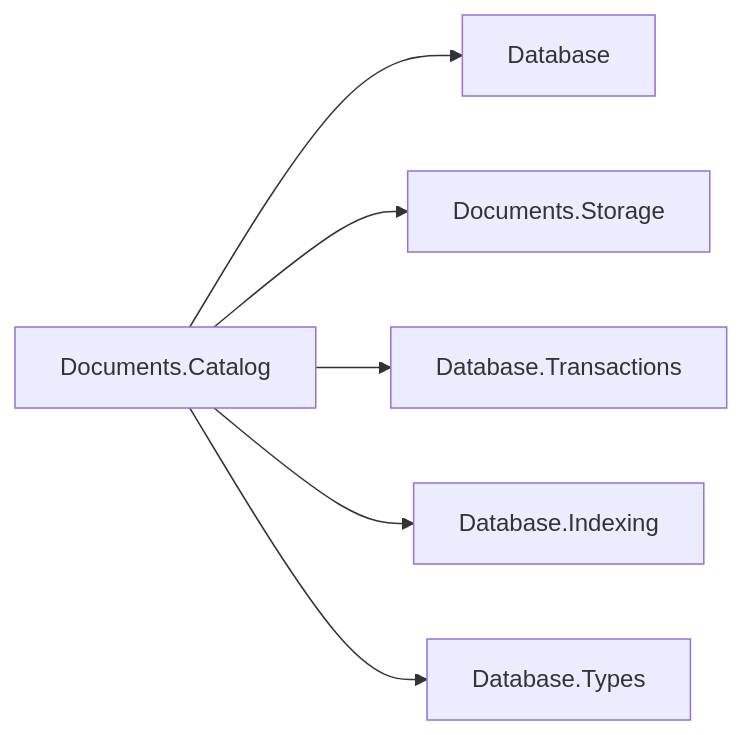
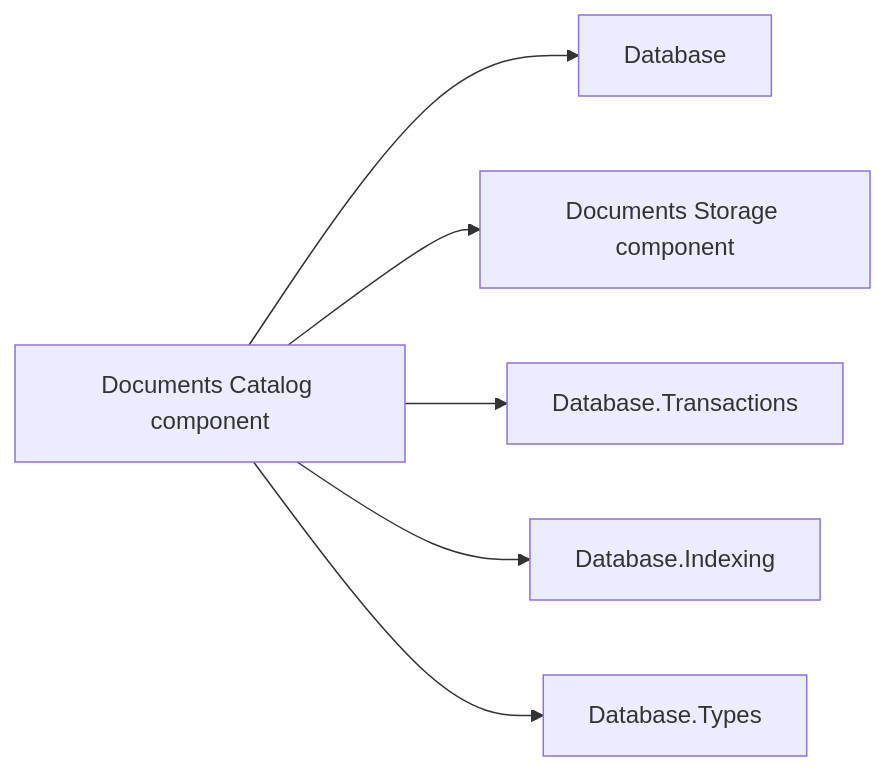
Before and after one commit to assimalign/cohesion: the fourth of 5 diagrams in resources/Database/Assimalign.Cohesion.Database.Documents/docs/DESIGN.md, drawn with Mermaid. The commit also changed other lines of this file and 15 other files, not shown here.

````diff
--- a/resources/Database/Assimalign.Cohesion.Database.Documents/docs/DESIGN.md
+++ b/resources/Database/Assimalign.Cohesion.Database.Documents/docs/DESIGN.md
@@ -1747,8 +1748,8 @@
 ```mermaid
 flowchart LR
-    Cat["Documents.Catalog"] --> Root["Database"]
-    Cat --> Doc["Documents.Storage"]
+    Cat["Documents Catalog component"] --> Root["Database"]
+    Cat --> Doc["Documents Storage component"]
     Cat --> Tx["Database.Transactions"]
     Cat --> Tree["Database.Indexing"]
     Cat --> Types["Database.Types"]
 ```
````
